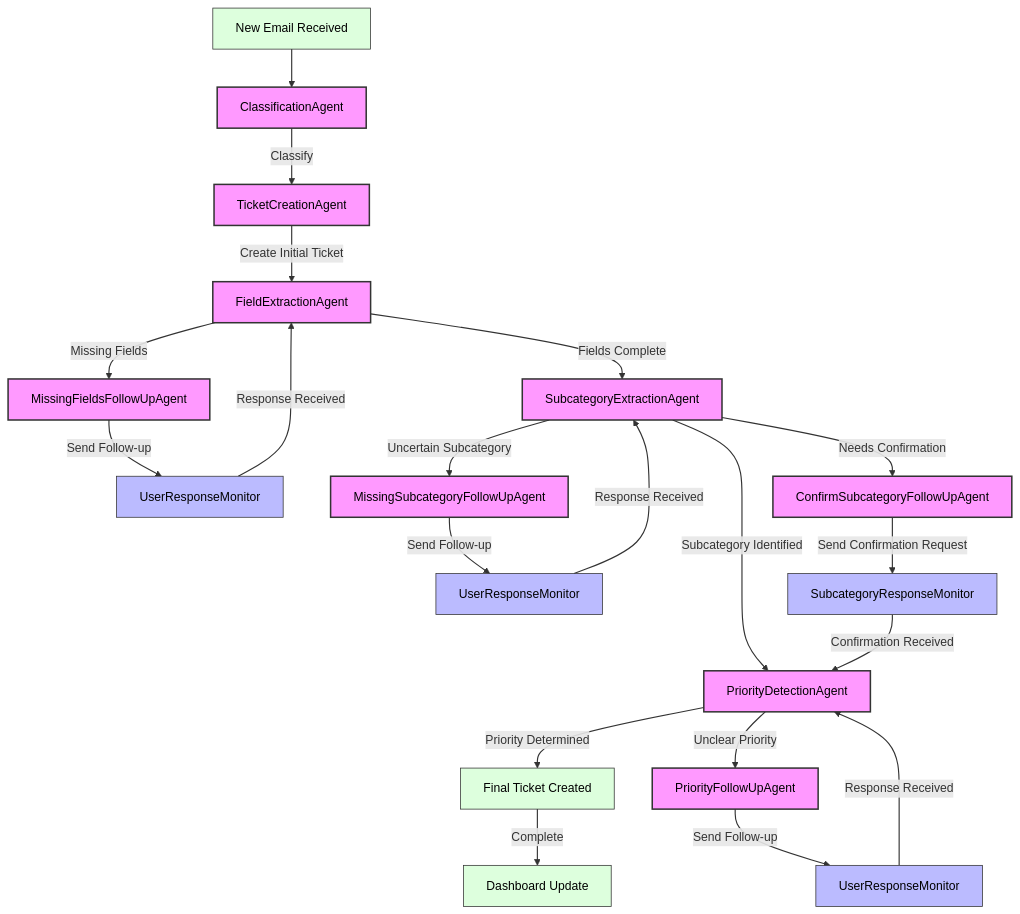
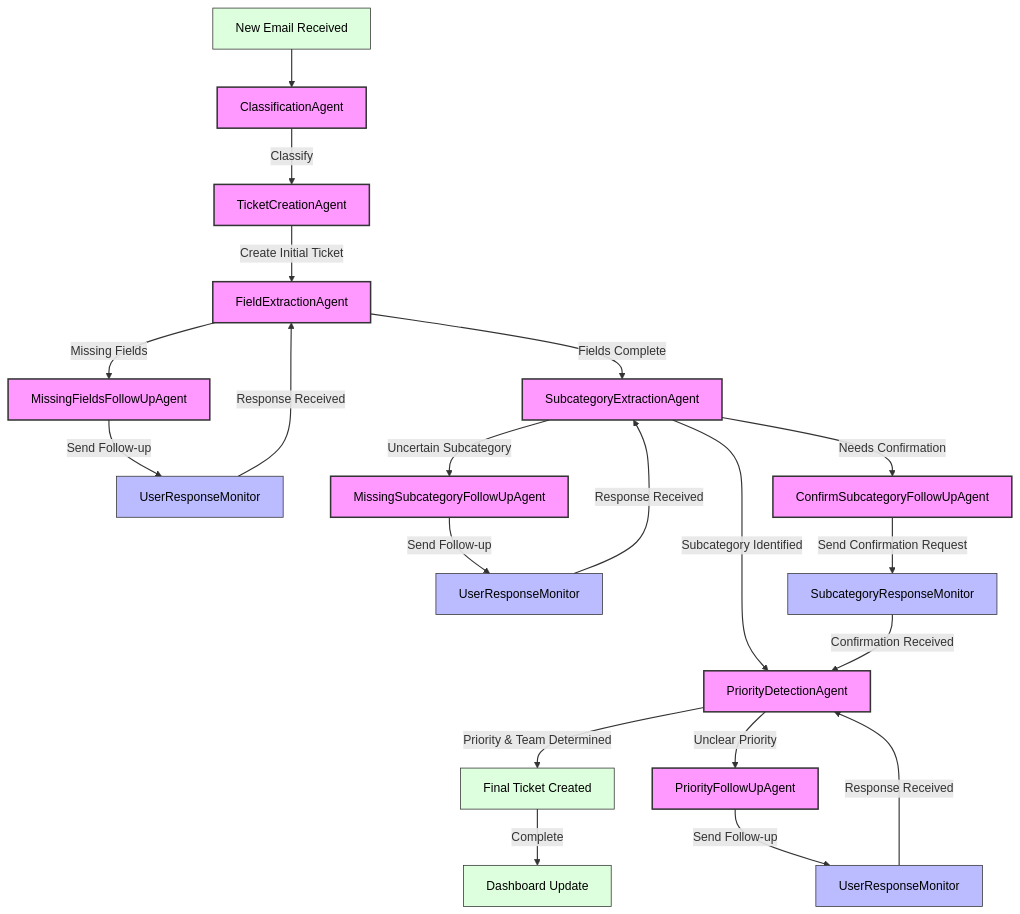
One commit to AmineBenz0/HelpDesk_Multi_Agent_System changed the diagram in README.md. Above: the diagram before and after it, drawn with Mermaid. The commit also changed other lines of this file, not shown here.

````diff
--- a/README.md
+++ b/README.md
@@ -116,45 +118,45 @@
 ```mermaid
 graph TD
     A[New Email Received] --> B[ClassificationAgent]
     B -->|Classify| C[TicketCreationAgent]
     C -->|Create Initial Ticket| D[FieldExtractionAgent]
     
     %% Main Happy Path
     D -->|Fields Complete| E[SubcategoryExtractionAgent]
     E -->|Subcategory Identified| F[PriorityDetectionAgent]
-    F -->|Priority Determined| G[Final Ticket Created]
+    F -->|Priority & Team Determined| G[Final Ticket Created]
     
     %% Field Extraction Follow-up Path
     D -->|Missing Fields| H[MissingFieldsFollowUpAgent]
     H -->|Send Follow-up| I[UserResponseMonitor]
     I -->|Response Received| D
     
     %% Subcategory Extraction Follow-up Path
     E -->|Uncertain Subcategory| J[MissingSubcategoryFollowUpAgent]
     J -->|Send Follow-up| K[UserResponseMonitor]
     K -->|Response Received| E
     
     %% Subcategory Confirmation Path
     E -->|Needs Confirmation| L[ConfirmSubcategoryFollowUpAgent]
     L -->|Send Confirmation Request| M[SubcategoryResponseMonitor]
     M -->|Confirmation Received| F
     
     %% Priority Detection Follow-up Path
     F -->|Unclear Priority| N[PriorityFollowUpAgent]
     N -->|Send Follow-up| O[UserResponseMonitor]
     O -->|Response Received| F
     
     %% Finalization
     G -->|Complete| P[Dashboard Update]
     
     %% Styling
     classDef agents fill:#f9f,stroke:#333,stroke-width:2px,color:#000;
     classDef monitors fill:#bbf,stroke:#333,stroke-width:1px,color:#000;
     classDef actions fill:#dfd,stroke:#333,stroke-width:1px,color:#000;
     classDef edges color:#333,stroke-width:2px;
     
     class B,C,D,E,F,H,J,L,N agents;
     class I,K,M,O monitors;
     class A,G,P actions;
     linkStyle default stroke:#333,stroke-width:1.5px;
 ```
````
